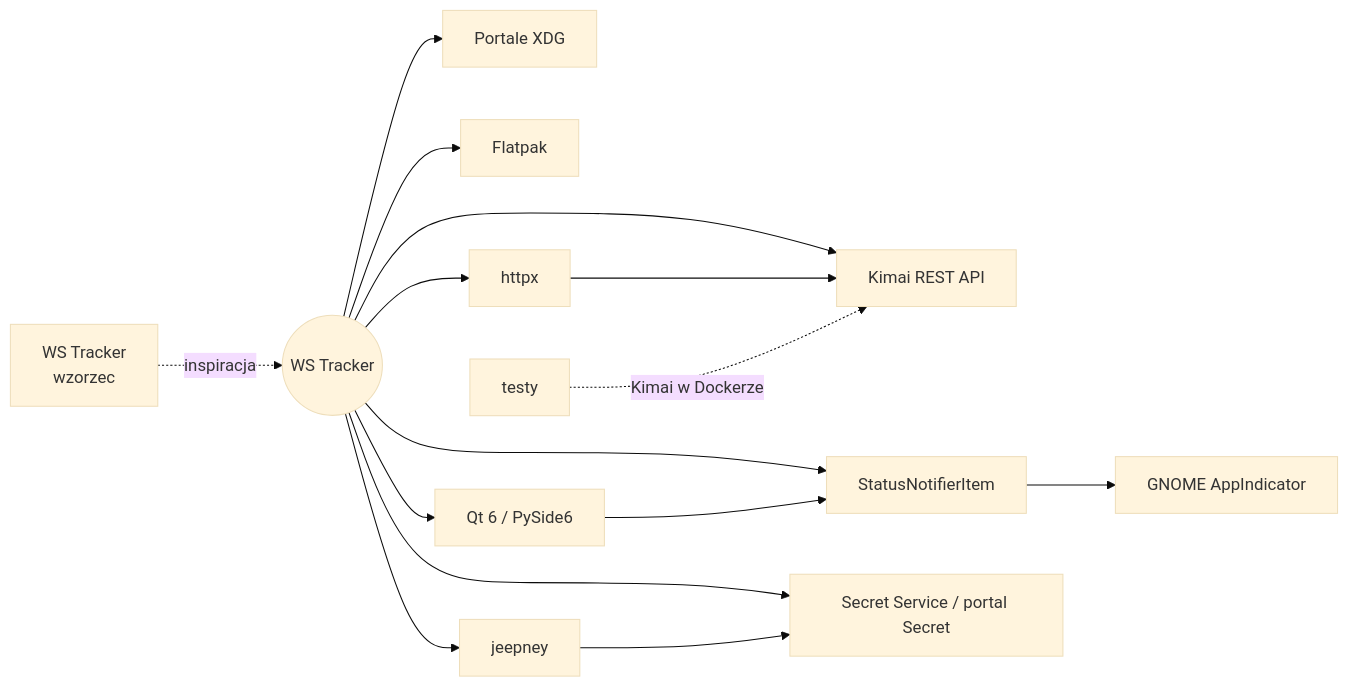
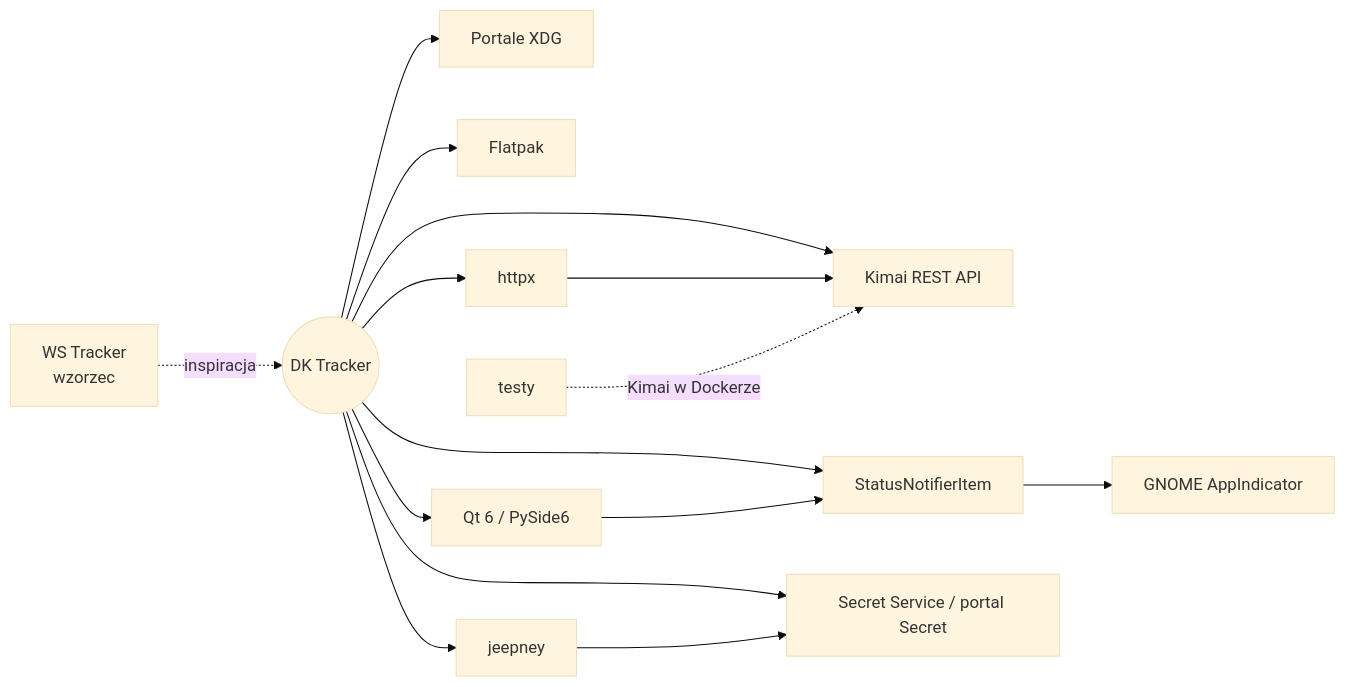
Before and after one commit to DragonKing026/DK-Tracker-Linux: the diagram in docs/integracje/README.md, drawn with Mermaid (base theme). The commit also changed 73 other files, not shown here.

````diff
--- a/docs/integracje/README.md
+++ b/docs/integracje/README.md
@@ -14,16 +14,16 @@
 ```mermaid
 flowchart LR
-    APP((WS Tracker))
+    APP((DK Tracker))
     APP --> K[Kimai REST API]
     APP --> SNI[StatusNotifierItem]
     SNI --> GN[GNOME AppIndicator]
     APP --> SEC[Secret Service / portal Secret]
     APP --> POR[Portale XDG]
     APP --> FP[Flatpak]
     APP --> QT[Qt 6 / PySide6]
     APP --> HX[httpx] --> K
     APP --> JP[jeepney] --> SEC
     QT --> SNI
     REF[WS Tracker<br/>wzorzec] -. inspiracja .-> APP
     TST[testy] -. Kimai w Dockerze .-> K
 ```
````
